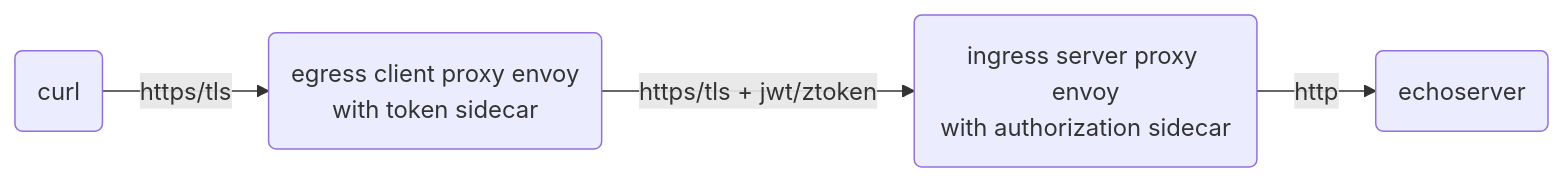
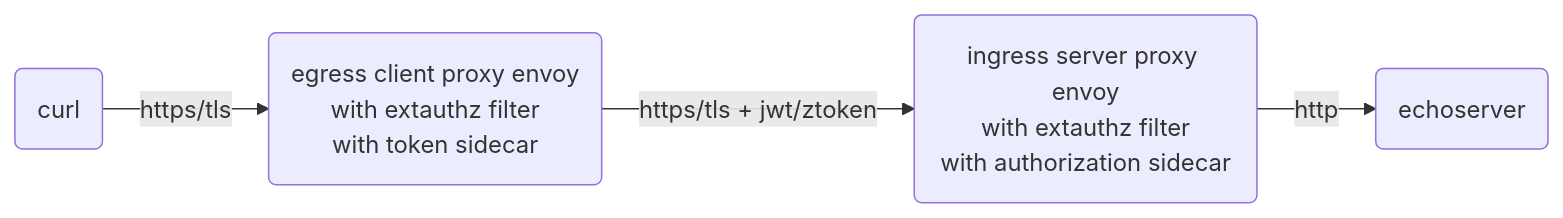
The first of 15 diagrams in docs/ENVOY.md (ctyano/athenz-distribution), drawn with Mermaid before and after one commit. The commit also changed other lines of this file, not shown here.

````diff
--- a/docs/ENVOY.md
+++ b/docs/ENVOY.md
@@ -23,4 +23,4 @@
 ```mermaid
 flowchart LR
-A(curl) -->|https/tls| B(egress client proxy envoy\nwith token sidecar) -->|https/tls + jwt/ztoken| C(ingress server proxy envoy\nwith authorization sidecar) -->|http| D(echoserver)
+A(curl) -->|https/tls| B(egress client proxy envoy\nwith extauthz filter\nwith token sidecar) -->|https/tls + jwt/ztoken| C(ingress server proxy envoy\nwith extauthz filter\nwith authorization sidecar) -->|http| D(echoserver)
 ```
````
